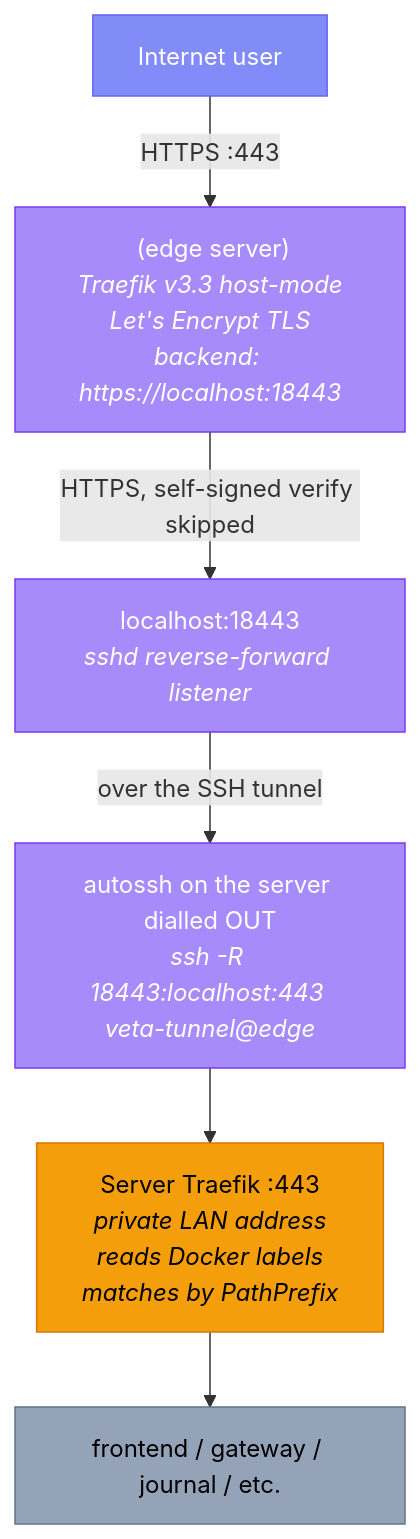
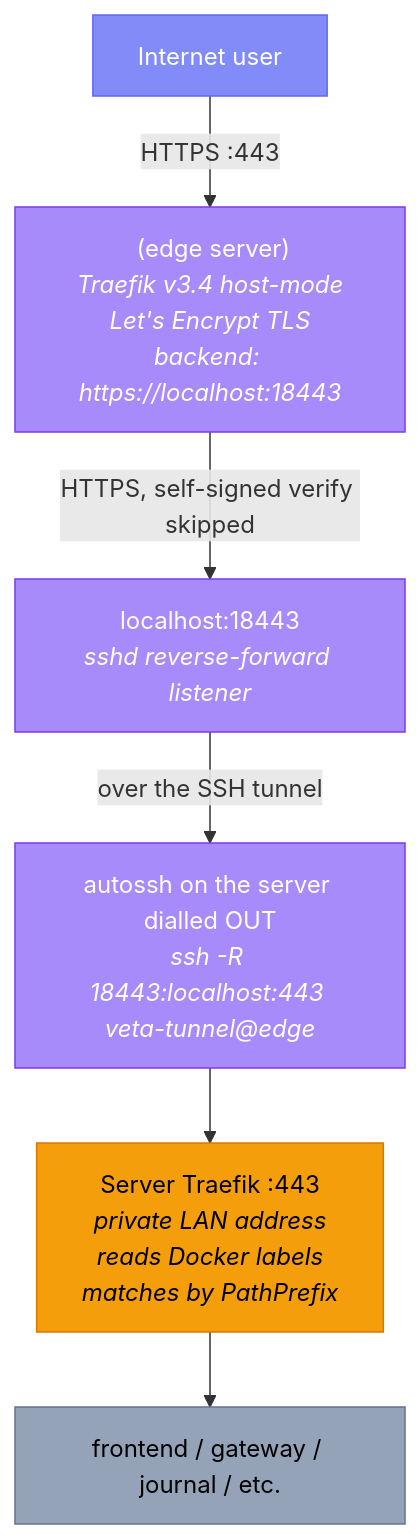
The diagram in docs/site/src/content/docs/platform/edge-architecture.md (milesburton/veta-trading-platform), drawn with Mermaid before and after one commit. The commit also changed other lines of this file and 7 other files, not shown here.

````diff
--- a/docs/site/src/content/docs/platform/edge-architecture.md
+++ b/docs/site/src/content/docs/platform/edge-architecture.md
@@ -18,20 +18,20 @@
 ```mermaid
 graph TD
     USER["Internet user"]:::client
-    EDGE["<edge-server> (edge server)<br/><i>Traefik v3.3 host-mode<br/>Let's Encrypt TLS<br/>backend: https://localhost:18443</i>"]:::edge
+    EDGE["<edge-server> (edge server)<br/><i>Traefik v3.4 host-mode<br/>Let's Encrypt TLS<br/>backend: https://localhost:18443</i>"]:::edge
     LOCAL["localhost:18443<br/><i>sshd reverse-forward listener</i>"]:::edge
     TUNNEL["autossh on the server dialled OUT<br/><i>ssh -R 18443:localhost:443 veta-tunnel@edge</i>"]:::edge
     HL["Server Traefik :443<br/><i>private LAN address<br/>reads Docker labels<br/>matches by PathPrefix</i>"]:::gateway
     SVC["frontend / gateway / journal / etc."]:::support
 
     USER -->|"HTTPS :443"| EDGE
     EDGE -->|"HTTPS, self-signed verify skipped"| LOCAL
     LOCAL -->|"over the SSH tunnel"| TUNNEL
     TUNNEL --> HL
     HL --> SVC
 
     classDef client fill:#818cf8,stroke:#6366f1,color:#fff
     classDef edge fill:#a78bfa,stroke:#7c3aed,color:#fff
     classDef gateway fill:#f59e0b,stroke:#d97706,color:#000
     classDef support fill:#94a3b8,stroke:#64748b,color:#000
 ```
````
